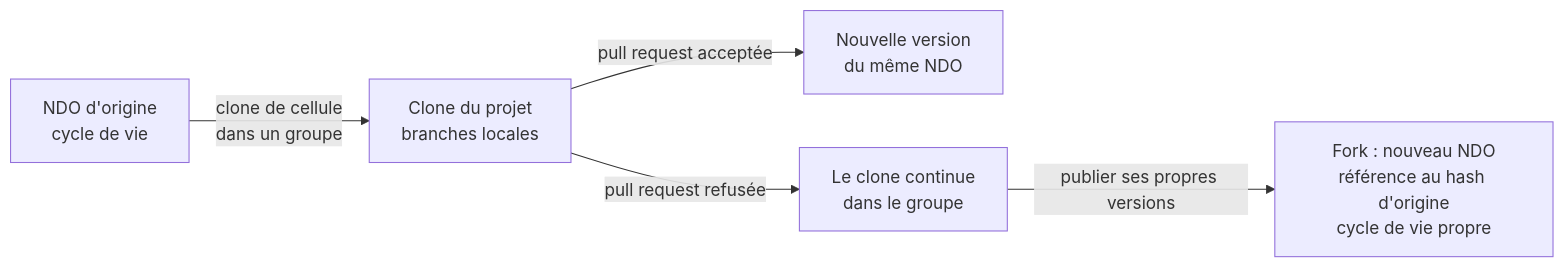
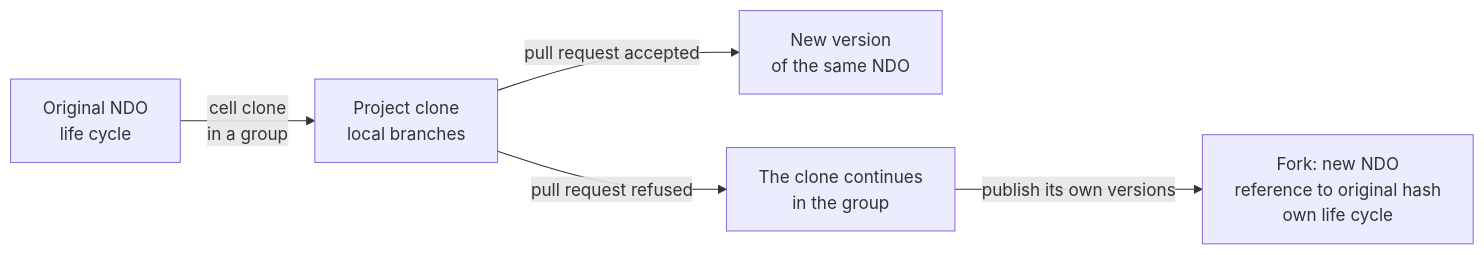
One commit to Sensorica/nondominium-design-system changed the second of 5 diagrams in content/meetings/2026-10-20-lab.md. Above: the diagram before and after it, drawn with Mermaid. The commit also changed other lines of this file and 14 other files, not shown here.

````diff
--- a/content/meetings/2026-10-20-lab.md
+++ b/content/meetings/2026-10-20-lab.md
@@ -64,8 +65,8 @@
 ```mermaid
-%% caption: Clone et fork : le clone reste relié au NDO et nourrit sa ligne de versions, le fork démarre son propre cycle de vie
+%% caption: Clone and fork: the clone stays linked to the NDO and feeds its line of versions, the fork starts its own life cycle
 flowchart LR
-  NDO["NDO d'origine<br/>cycle de vie"] -- "clone de cellule<br/>dans un groupe" --> C["Clone du projet<br/>branches locales"]
-  C -- "pull request acceptée" --> V["Nouvelle version<br/>du même NDO"]
-  C -- "pull request refusée" --> K["Le clone continue<br/>dans le groupe"]
-  K -- "publier ses propres versions" --> F["Fork : nouveau NDO<br/>référence au hash d'origine<br/>cycle de vie propre"]
+  NDO["Original NDO<br/>life cycle"] -- "cell clone<br/>in a group" --> C["Project clone<br/>local branches"]
+  C -- "pull request accepted" --> V["New version<br/>of the same NDO"]
+  C -- "pull request refused" --> K["The clone continues<br/>in the group"]
+  K -- "publish its own versions" --> F["Fork: new NDO<br/>reference to original hash<br/>own life cycle"]
 ```
````
